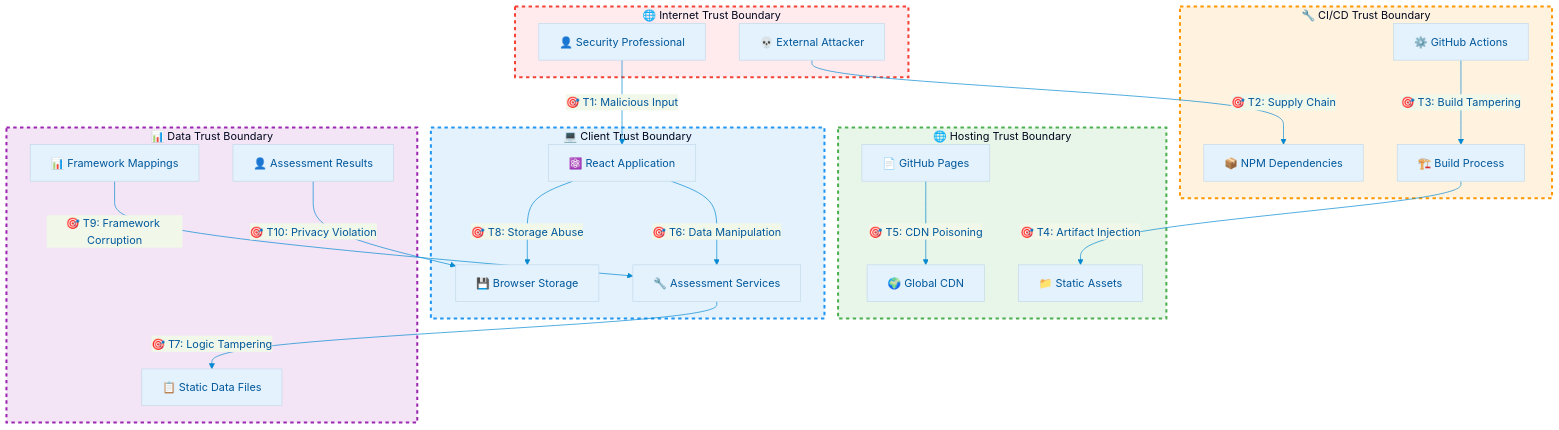
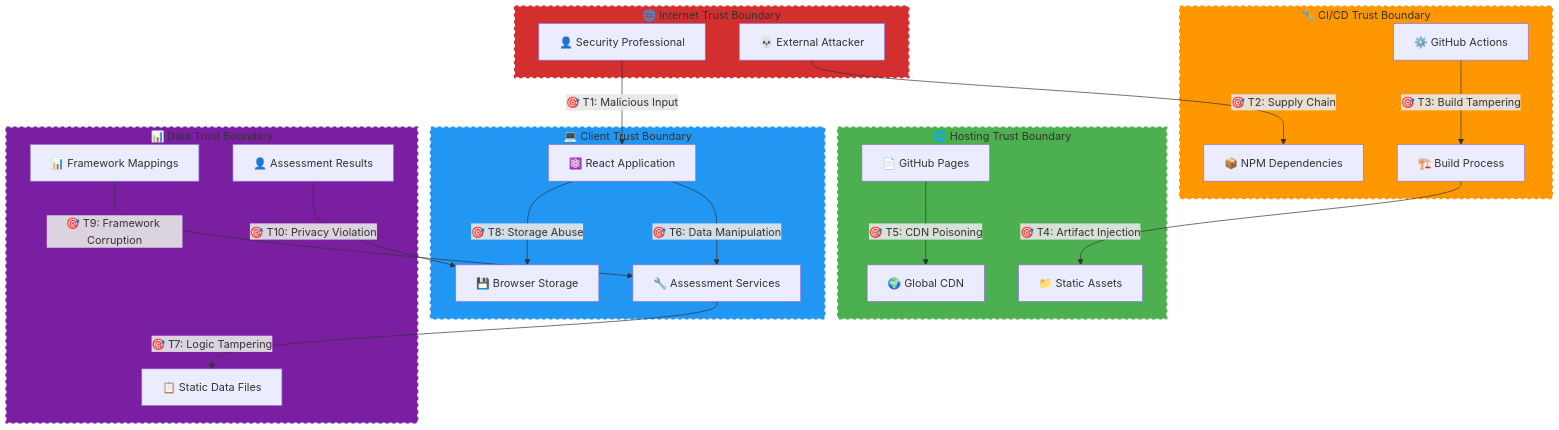
One commit to Hack23/cia-compliance-manager changed the second of 15 diagrams in docs/architecture/THREAT_MODEL.md. Above: the diagram before and after it, drawn with Mermaid. The commit also changed other lines of this file and 18 other files, not shown here.

````diff
--- a/docs/architecture/THREAT_MODEL.md
+++ b/docs/architecture/THREAT_MODEL.md
@@ -173,60 +166,53 @@
 ```mermaid
 %%{
   init: {
-    'theme': 'base',
-    'themeVariables': {
-      'primaryColor': '#e3f2fd',
-      'primaryTextColor': '#01579b',
-      'lineColor': '#0288d1',
-      'secondaryColor': '#f1f8e9',
-      'tertiaryColor': '#fff8e1'
-    }
-  }
+    'theme': 'neutral',
+}
 }%%
 flowchart TB
     subgraph TRUST_BOUNDARY_1["🌐 Internet Trust Boundary"]
         USER[👤 Security Professional]
         ATTACKER[💀 External Attacker]
     end
     
     subgraph TRUST_BOUNDARY_2["🔧 CI/CD Trust Boundary"]
         GITHUB_ACTIONS[⚙️ GitHub Actions]
         DEPS[📦 NPM Dependencies]
         BUILD[🏗️ Build Process]
     end
     
     subgraph TRUST_BOUNDARY_3["🌐 Hosting Trust Boundary"]
         GITHUB_PAGES[📄 GitHub Pages]
         CDN[🌍 Global CDN]
         STATIC_ASSETS[📁 Static Assets]
     end
     
     subgraph TRUST_BOUNDARY_4["💻 Client Trust Boundary"]
         REACT_APP[⚛️ React Application]
         SERVICES[🔧 Assessment Services]
         LOCAL_STORAGE[💾 Browser Storage]
     end
     
     subgraph TRUST_BOUNDARY_5["📊 Data Trust Boundary"]
         STATIC_DATA[📋 Static Data Files]
         COMPLIANCE_DATA[📊 Framework Mappings]
         USER_DATA[👤 Assessment Results]
     end
     
     USER -->|🎯 T1: Malicious Input| REACT_APP
     ATTACKER -->|🎯 T2: Supply Chain| DEPS
     GITHUB_ACTIONS -->|🎯 T3: Build Tampering| BUILD
     BUILD -->|🎯 T4: Artifact Injection| STATIC_ASSETS
     GITHUB_PAGES -->|🎯 T5: CDN Poisoning| CDN
     REACT_APP -->|🎯 T6: Data Manipulation| SERVICES
     SERVICES -->|🎯 T7: Logic Tampering| STATIC_DATA
     REACT_APP -->|🎯 T8: Storage Abuse| LOCAL_STORAGE
     COMPLIANCE_DATA -->|🎯 T9: Framework Corruption| SERVICES
     USER_DATA -->|🎯 T10: Privacy Violation| LOCAL_STORAGE
     
-    style TRUST_BOUNDARY_1 fill:#ffebee,stroke:#f44336,stroke-width:3px,stroke-dasharray: 5 5
-    style TRUST_BOUNDARY_2 fill:#fff3e0,stroke:#ff9800,stroke-width:3px,stroke-dasharray: 5 5
-    style TRUST_BOUNDARY_3 fill:#e8f5e9,stroke:#4caf50,stroke-width:3px,stroke-dasharray: 5 5
-    style TRUST_BOUNDARY_4 fill:#e3f2fd,stroke:#2196f3,stroke-width:3px,stroke-dasharray: 5 5
-    style TRUST_BOUNDARY_5 fill:#f3e5f5,stroke:#9c27b0,stroke-width:3px,stroke-dasharray: 5 5
+    style TRUST_BOUNDARY_1 fill:#D32F2F,stroke:#D32F2F,stroke-width:3px,stroke-dasharray: 5 5
+    style TRUST_BOUNDARY_2 fill:#FF9800,stroke:#ff9800,stroke-width:3px,stroke-dasharray: 5 5
+    style TRUST_BOUNDARY_3 fill:#4CAF50,stroke:#4caf50,stroke-width:3px,stroke-dasharray: 5 5
+    style TRUST_BOUNDARY_4 fill:#2196F3,stroke:#2196f3,stroke-width:3px,stroke-dasharray: 5 5
+    style TRUST_BOUNDARY_5 fill:#7B1FA2,stroke:#7B1FA2,stroke-width:3px,stroke-dasharray: 5 5
 ```
````
